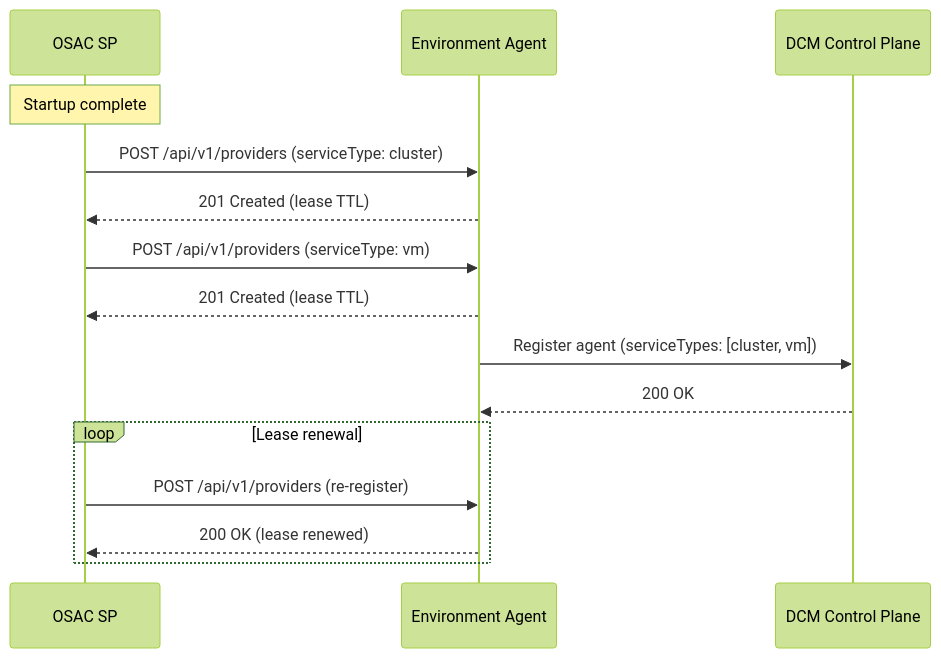
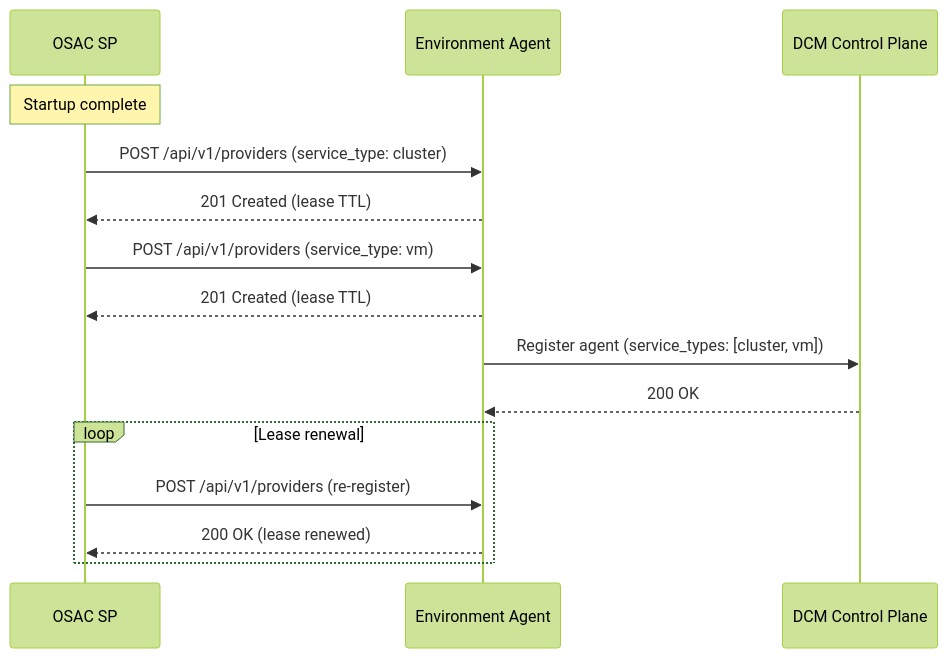
Before and after one commit to dcm-project/enhancements: the third of 7 diagrams in enhancements/osac-sp/osac-sp.md, drawn with Mermaid (forest theme). The commit also changed other lines of this file and 19 other files, not shown here.

````diff
--- a/enhancements/osac-sp/osac-sp.md
+++ b/enhancements/osac-sp/osac-sp.md
@@ -261,19 +261,19 @@
 ```mermaid
 sequenceDiagram
     participant SP as OSAC SP
     participant AG as Environment Agent
     participant DCM as DCM Control Plane
 
     Note over SP: Startup complete
-    SP->>AG: POST /api/v1/providers (serviceType: cluster)
+    SP->>AG: POST /api/v1/providers (service_type: cluster)
     AG-->>SP: 201 Created (lease TTL)
-    SP->>AG: POST /api/v1/providers (serviceType: vm)
+    SP->>AG: POST /api/v1/providers (service_type: vm)
     AG-->>SP: 201 Created (lease TTL)
-    AG->>DCM: Register agent (serviceTypes: [cluster, vm])
+    AG->>DCM: Register agent (service_types: [cluster, vm])
     DCM-->>AG: 200 OK
 
     loop Lease renewal
         SP->>AG: POST /api/v1/providers (re-register)
         AG-->>SP: 200 OK (lease renewed)
     end
 ```
````
